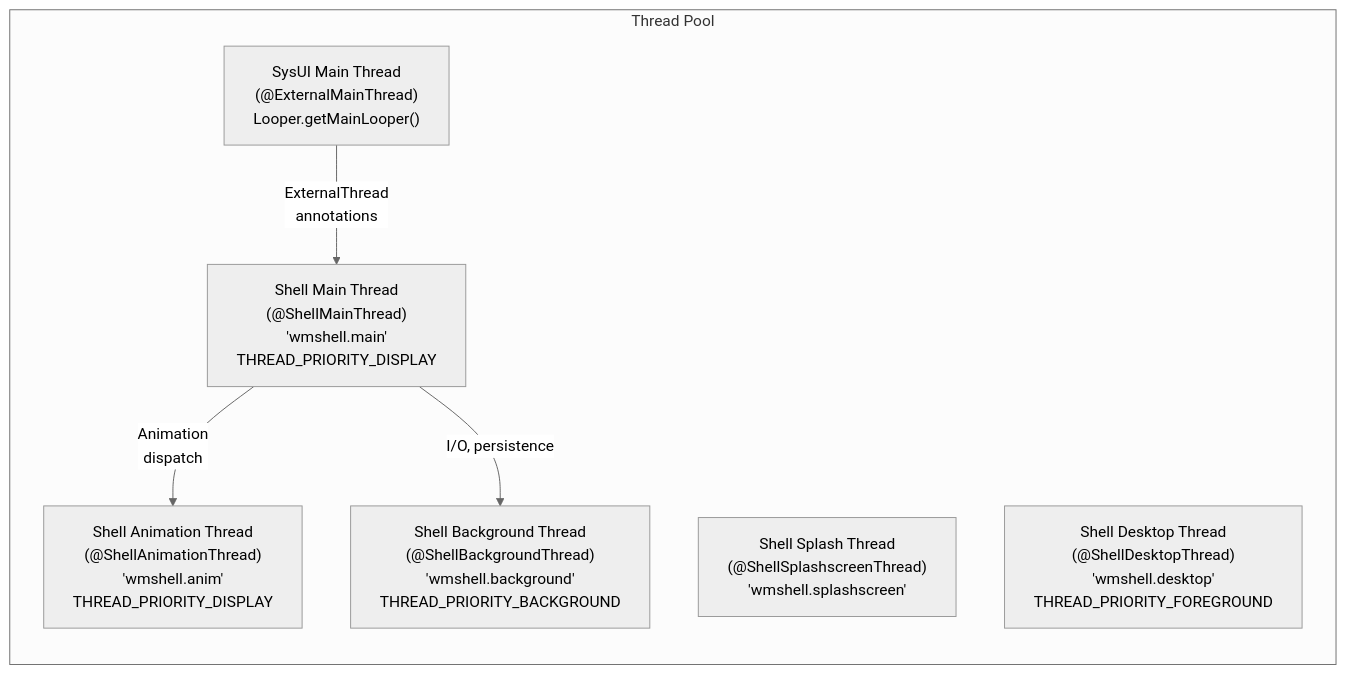
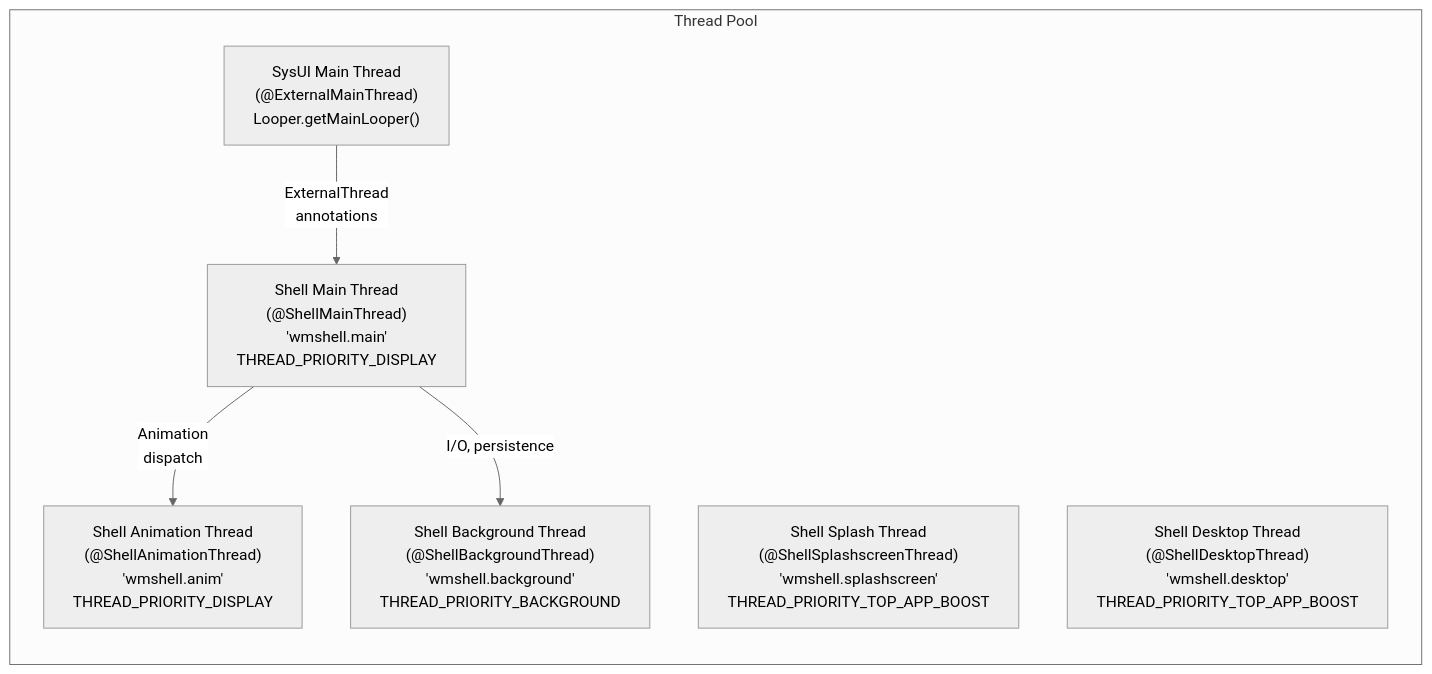
Before and after one commit to aospbooks/aosp-internal-book: the seventh of 33 diagrams in agents/claude/skills/aosp-framework-core/23-window-system.md, drawn with Mermaid (neutral theme). The commit also changed other lines of this file and 218 other files, not shown here.

````diff
--- a/agents/claude/skills/aosp-framework-core/23-window-system.md
+++ b/agents/claude/skills/aosp-framework-core/23-window-system.md
@@ -760,15 +769,15 @@
 ```mermaid
 graph LR
     subgraph "Thread Pool"
         SYSUI["SysUI Main Thread<br/>(@ExternalMainThread)<br/>Looper.getMainLooper()"]
         SHELL["Shell Main Thread<br/>(@ShellMainThread)<br/>'wmshell.main'<br/>THREAD_PRIORITY_DISPLAY"]
         ANIM["Shell Animation Thread<br/>(@ShellAnimationThread)<br/>'wmshell.anim'<br/>THREAD_PRIORITY_DISPLAY"]
         BG["Shell Background Thread<br/>(@ShellBackgroundThread)<br/>'wmshell.background'<br/>THREAD_PRIORITY_BACKGROUND"]
-        SPLASH["Shell Splash Thread<br/>(@ShellSplashscreenThread)<br/>'wmshell.splashscreen'"]
-        DESKTOP["Shell Desktop Thread<br/>(@ShellDesktopThread)<br/>'wmshell.desktop'<br/>THREAD_PRIORITY_FOREGROUND"]
+        SPLASH["Shell Splash Thread<br/>(@ShellSplashscreenThread)<br/>'wmshell.splashscreen'<br/>THREAD_PRIORITY_TOP_APP_BOOST"]
+        DESKTOP["Shell Desktop Thread<br/>(@ShellDesktopThread)<br/>'wmshell.desktop'<br/>THREAD_PRIORITY_TOP_APP_BOOST"]
     end
 
     SYSUI -->|"ExternalThread<br/>annotations"| SHELL
     SHELL -->|"Animation<br/>dispatch"| ANIM
     SHELL -->|"I/O, persistence"| BG
 ```
````
